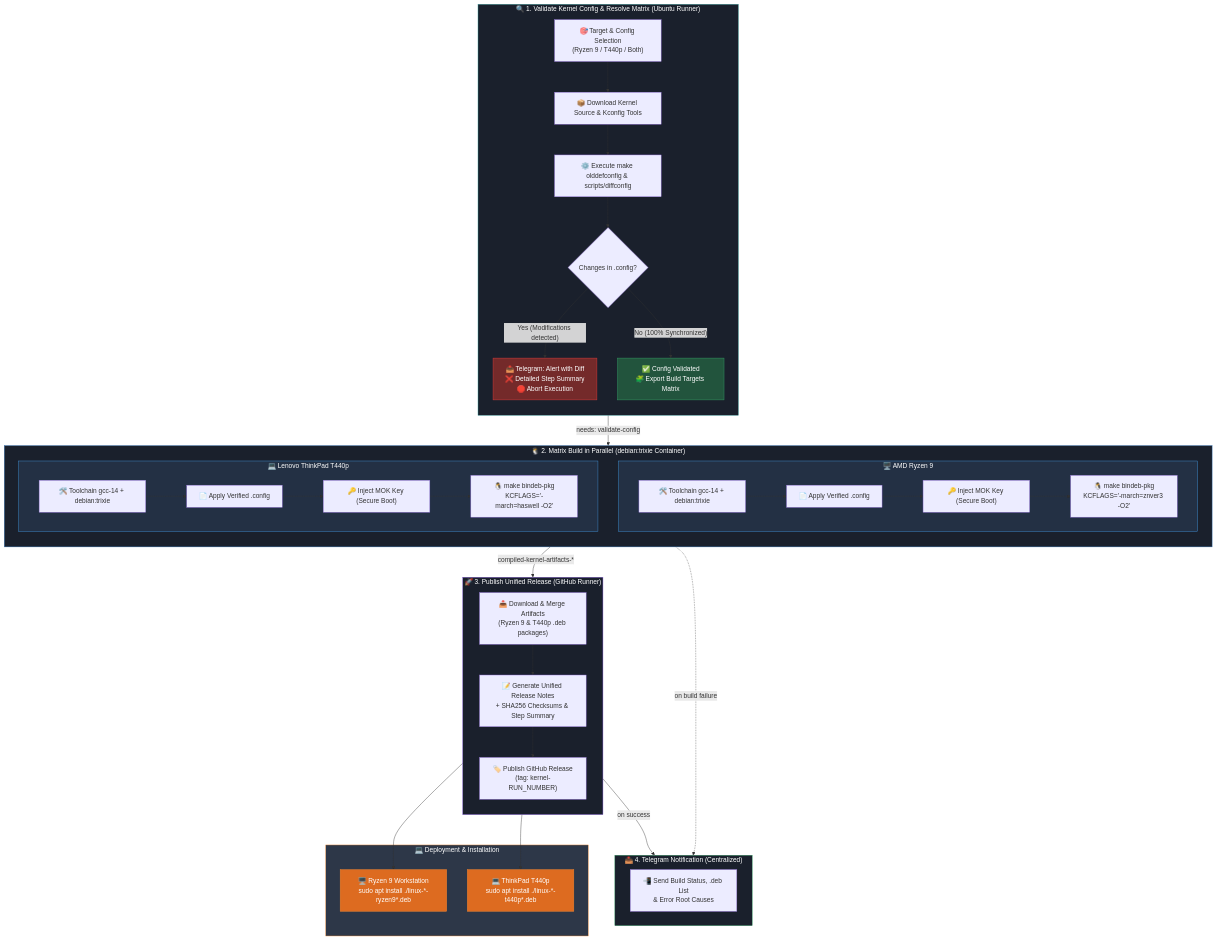
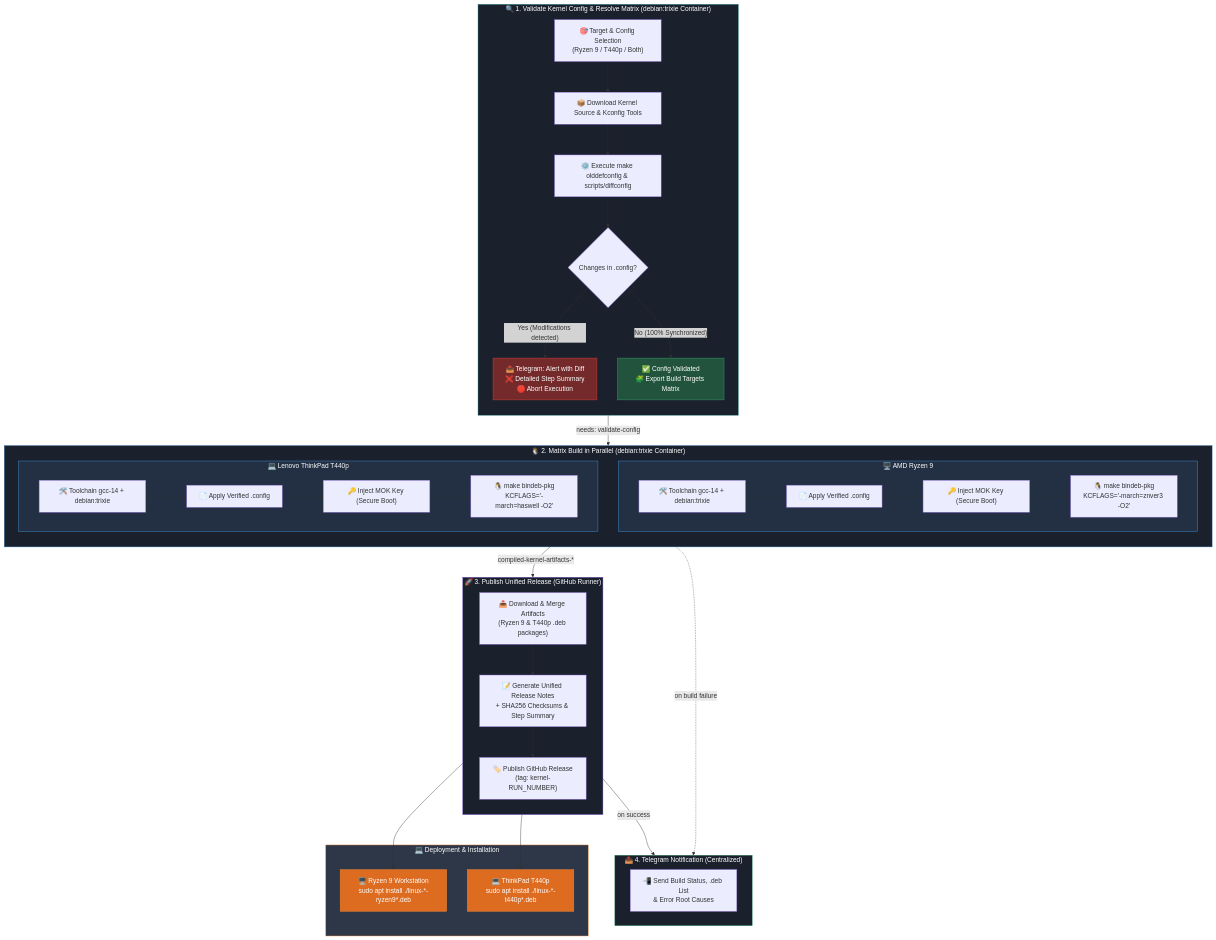
Before and after one commit to azagramac/linux-kernel: the diagram in README.md, drawn with Mermaid. The commit also changed 1 other file, not shown here.

Commit message:
ci(workflow): run config validation in debian:trixie with full build toolchain

````diff
--- a/README.md
+++ b/README.md
@@ -37,65 +37,65 @@
 ```mermaid
 flowchart TD
-    subgraph Job1["🔍 1. Validate Kernel Config & Resolve Matrix (Ubuntu Runner)"]
+    subgraph Job1["🔍 1. Validate Kernel Config & Resolve Matrix (debian:trixie Container)"]
         direction TB
         A1["🎯 Target & Config Selection<br/>(Ryzen 9 / T440p / Both)"] --> A2["📦 Download Kernel Source & Kconfig Tools"]
         A2 --> A3["⚙️ Execute make olddefconfig & scripts/diffconfig"]
         A3 --> A4{"Changes in .config?"}
         A4 -- "Yes (Modifications detected)" --> A5["📤 Telegram: Alert with Diff<br/>❌ Detailed Step Summary<br/>🛑 Abort Execution"]
         A4 -- "No (100% Synchronized)" --> A6["✅ Config Validated<br/>🧩 Export Build Targets Matrix"]
     end
 
     subgraph Job2["🐧 2. Matrix Build in Parallel (debian:trixie Container)"]
         direction TB
         subgraph MatrixRyzen["🖥️ AMD Ryzen 9"]
             B1_R["🛠️ Toolchain gcc-14 + debian:trixie"]
             B2_R["📄 Apply Verified .config"]
             B3_R["🔑 Inject MOK Key (Secure Boot)"]
             B4_R["🐧 make bindeb-pkg<br/>KCFLAGS='-march=znver3 -O2'"]
             B1_R --> B2_R --> B3_R --> B4_R
         end
         subgraph MatrixT440p["💻 Lenovo ThinkPad T440p"]
             B1_L["🛠️ Toolchain gcc-14 + debian:trixie"]
             B2_L["📄 Apply Verified .config"]
             B3_L["🔑 Inject MOK Key (Secure Boot)"]
             B4_L["🐧 make bindeb-pkg<br/>KCFLAGS='-march=haswell -O2'"]
             B1_L --> B2_L --> B3_L --> B4_L
         end
     end
 
     subgraph Job3["🚀 3. Publish Unified Release (GitHub Runner)"]
         direction TB
         C1["📥 Download & Merge Artifacts<br/>(Ryzen 9 & T440p .deb packages)"]
         C2["📝 Generate Unified Release Notes<br/>+ SHA256 Checksums & Step Summary"]
         C3["🏷️ Publish GitHub Release<br/>(tag: kernel-RUN_NUMBER)"]
         C1 --> C2 --> C3
     end
 
     subgraph Job4["📤 4. Telegram Notification (Centralized)"]
         D1["📲 Send Build Status, .deb List<br/>& Error Root Causes"]
     end
 
     subgraph Deploy["💻 Deployment & Installation"]
         E1["🖥️ Ryzen 9 Workstation<br/>sudo apt install ./linux-*-ryzen9*.deb"]
         E2["💻 ThinkPad T440p<br/>sudo apt install ./linux-*-t440p*.deb"]
     end
 
     A6 -->|"needs: validate-config"| Job2
     Job2 -->|"compiled-kernel-artifacts-*"| Job3
     Job3 -->|"on success"| Job4
     Job2 -.->|"on build failure"| Job4
     C3 --> E1
     C3 --> E2
 
     style Job1 fill:#1a202c,stroke:#319795,color:#fff
     style A5 fill:#742a2a,stroke:#e53e3e,color:#fff
     style A6 fill:#22543d,stroke:#38a169,color:#fff
     style Job2 fill:#1a202c,stroke:#2b6cb0,color:#fff
     style MatrixRyzen fill:#233044,stroke:#4299e1,color:#fff
     style MatrixT440p fill:#233044,stroke:#4299e1,color:#fff
     style Job3 fill:#1a202c,stroke:#805ad5,color:#fff
     style Job4 fill:#1a202c,stroke:#38a169,color:#fff
     style Deploy fill:#2d3748,stroke:#ed8936,color:#fff
     style E1 fill:#dd6b20,stroke:#ed8936,color:#fff
     style E2 fill:#dd6b20,stroke:#ed8936,color:#fff
 ```
````
